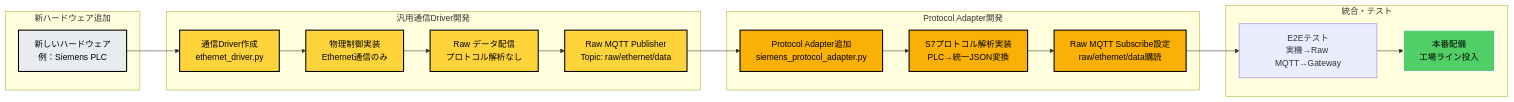
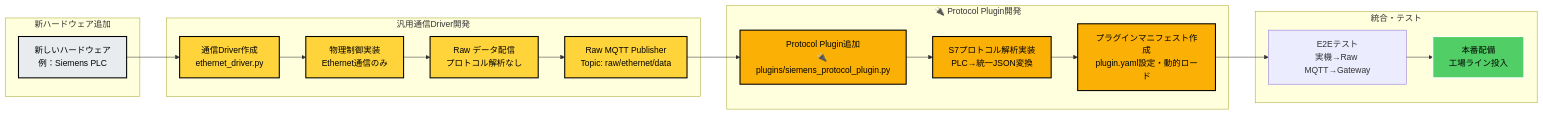
The sixth of 12 diagrams in docs/new-system/architecture/system-overview-diagrams.md (w-pinkietech/iot4-copy), drawn with Mermaid before and after one commit. The commit also changed other lines of this file, not shown here.

````diff
--- a/docs/new-system/architecture/system-overview-diagrams.md
+++ b/docs/new-system/architecture/system-overview-diagrams.md
@@ -355,38 +358,38 @@
 ```mermaid
 graph LR
     subgraph "新ハードウェア追加"
         NEW_HW[新しいハードウェア<br/>例：Siemens PLC]
     end
     
     subgraph "汎用通信Driver開発"
         STEP1[通信Driver作成<br/>ethernet_driver.py]
         STEP2[物理制御実装<br/>Ethernet通信のみ]
         STEP3[Raw データ配信<br/>プロトコル解析なし]
         STEP4[Raw MQTT Publisher<br/>Topic: raw/ethernet/data]
     end
     
-    subgraph "Protocol Adapter開発"
-        STEP5[Protocol Adapter追加<br/>siemens_protocol_adapter.py]
+    subgraph "🔌 Protocol Plugin開発"
+        STEP5[Protocol Plugin追加<br/>🔌 plugins/siemens_protocol_plugin.py]
         STEP6[S7プロトコル解析実装<br/>PLC→統一JSON変換]
-        STEP7[Raw MQTT Subscribe設定<br/>raw/ethernet/data購読]
+        STEP7[プラグインマニフェスト作成<br/>plugin.yaml設定・動的ロード]
     end
     
     subgraph "統合・テスト"
         STEP8[E2Eテスト<br/>実機→Raw MQTT→Gateway]
         STEP9[本番配備<br/>工場ライン投入]
     end
     
     NEW_HW --> STEP1 --> STEP2 --> STEP3 --> STEP4
     STEP4 --> STEP5 --> STEP6 --> STEP7
     STEP7 --> STEP8 --> STEP9
     
     style NEW_HW fill:#e9ecef,stroke:#000,stroke-width:2px,color:#000
     style STEP1 fill:#ffd43b,stroke:#000,stroke-width:2px,color:#000
     style STEP2 fill:#ffd43b,stroke:#000,stroke-width:2px,color:#000
     style STEP3 fill:#ffd43b,stroke:#000,stroke-width:2px,color:#000
     style STEP4 fill:#ffd43b,stroke:#000,stroke-width:2px,color:#000
     style STEP5 fill:#fab005,stroke:#000,stroke-width:2px,color:#000
     style STEP6 fill:#fab005,stroke:#000,stroke-width:2px,color:#000
     style STEP7 fill:#fab005,stroke:#000,stroke-width:2px,color:#000
     style STEP9 fill:#51cf66,stroke:#fff,stroke-width:2px,color:#000
 ```
````
